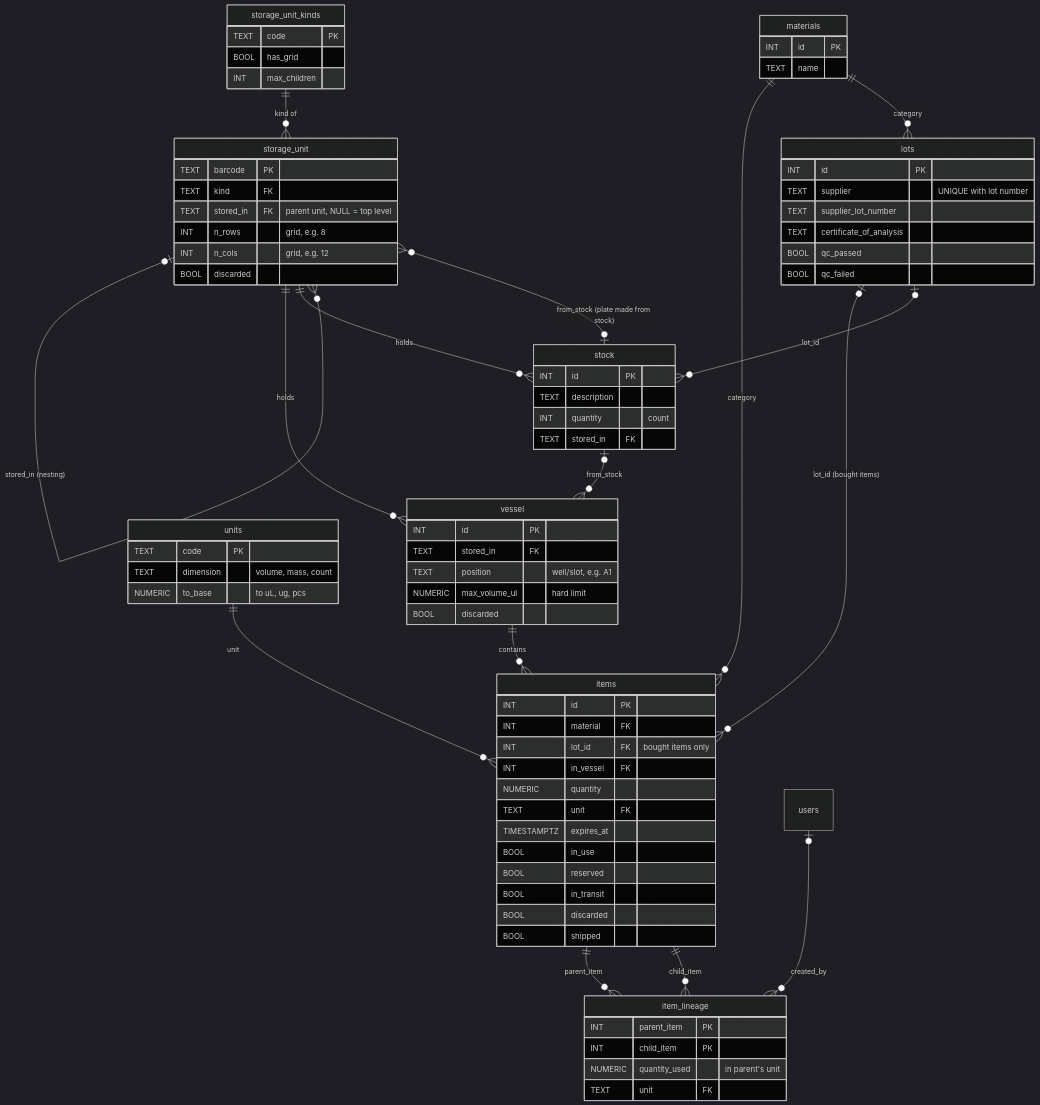
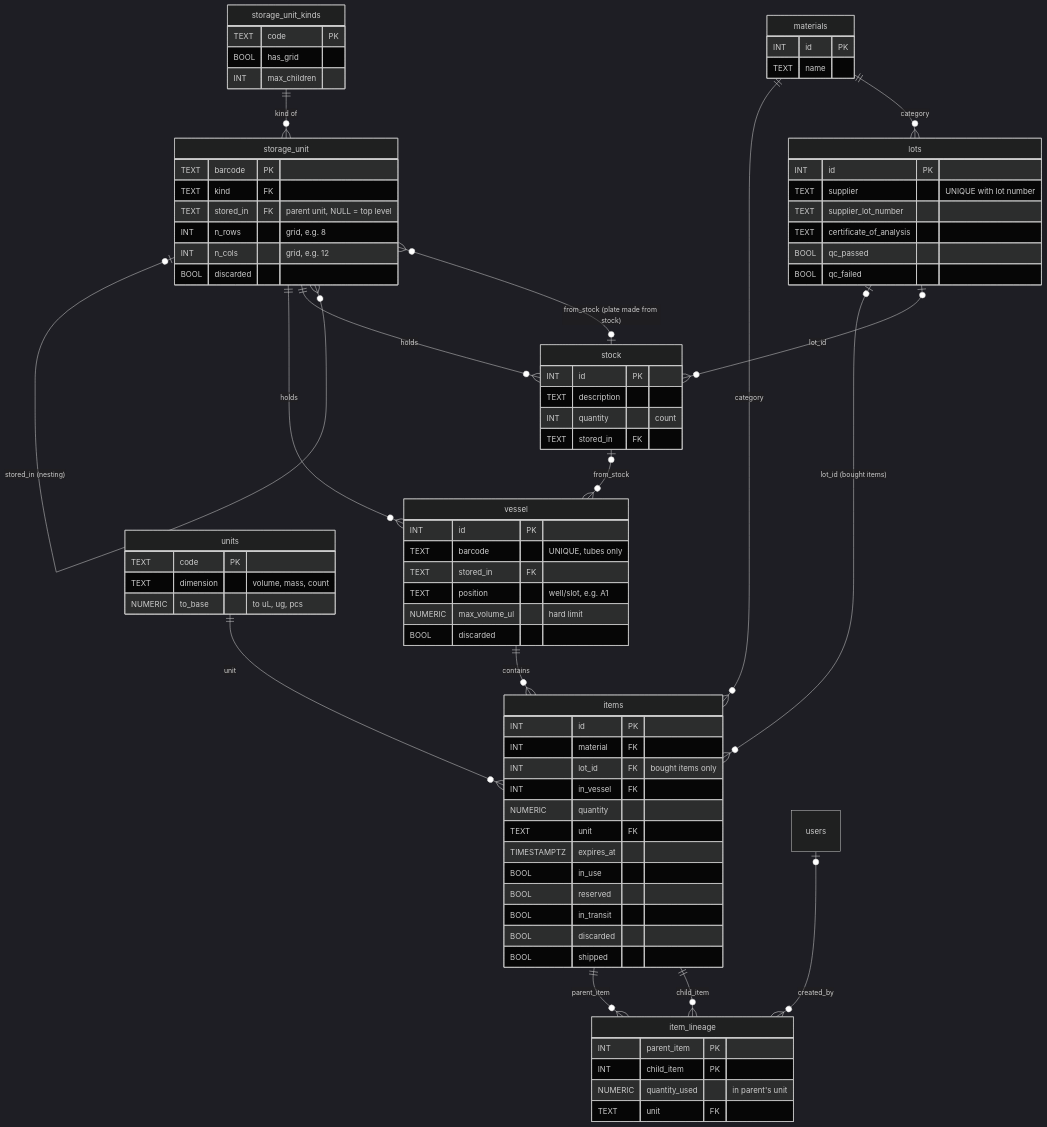
The first of 6 diagrams in README.md (siggisigg/Adaptyv), drawn with Mermaid (dark theme) before and after one commit. The commit also changed other lines of this file and 6 other files, not shown here.

Commit message:
api plan and audit schema

```diff
--- a/README.md
+++ b/README.md
@@ -57,6 +58,7 @@
     }
     vessel {
         INT id PK
+        TEXT barcode "UNIQUE, tubes only"
         TEXT stored_in FK
         TEXT position "well/slot, e.g. A1"
         NUMERIC max_volume_ul "hard limit"
```
